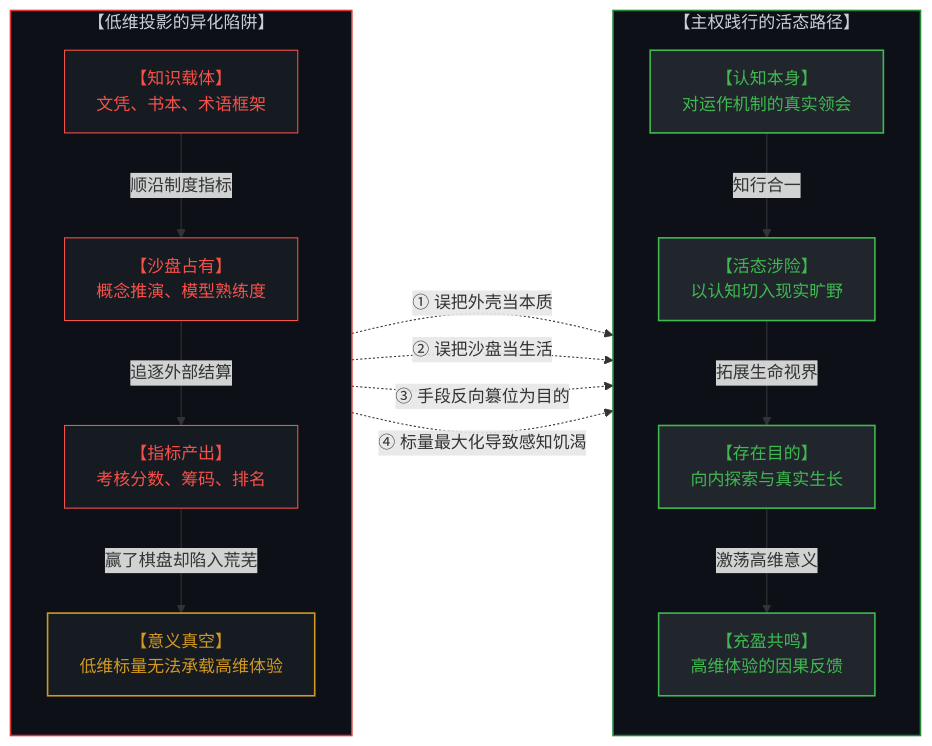
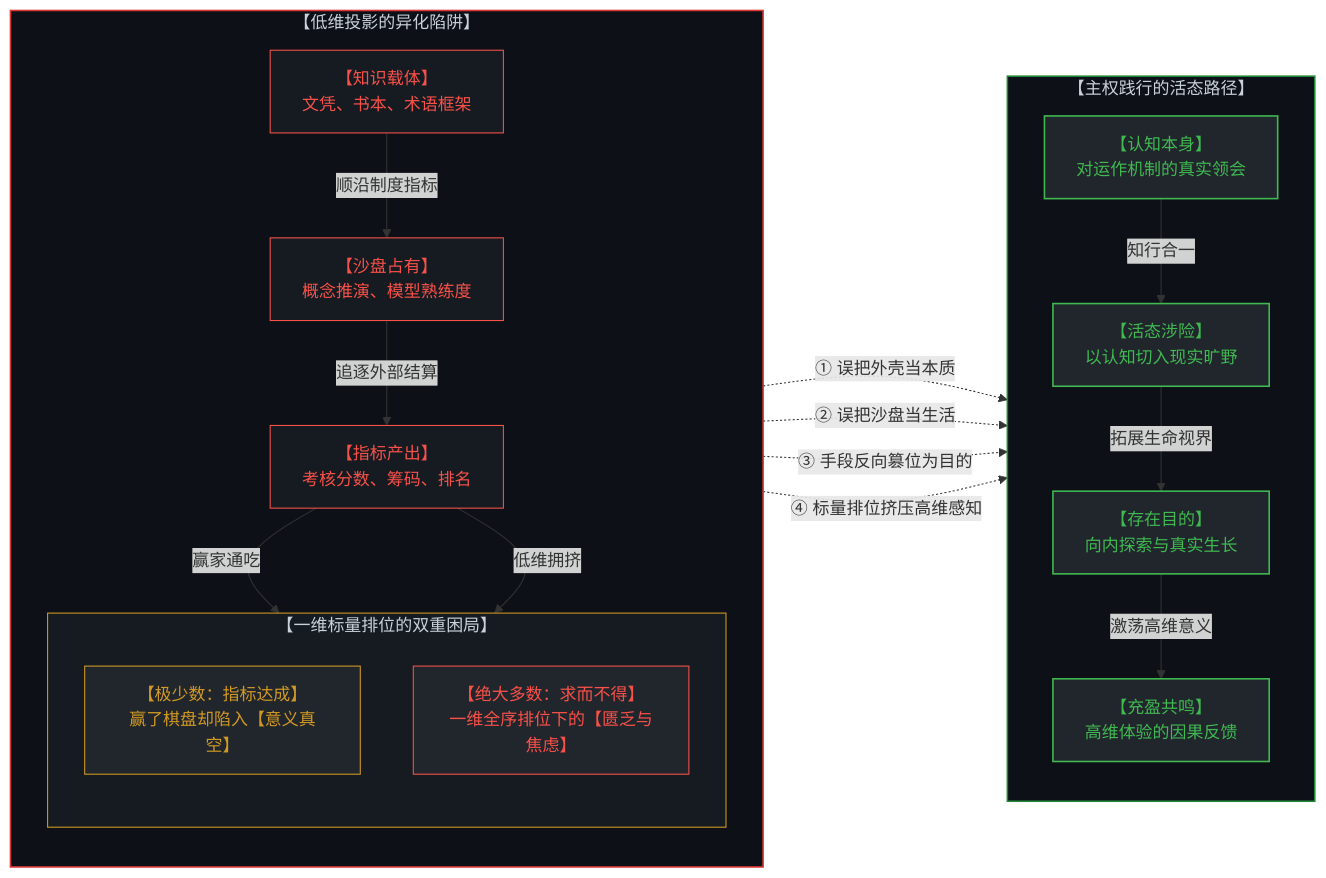
One commit to powerpig99/not-a-toe changed the first of 6 diagrams in content/posts/coordinate-systems-mind-and-degrees-of-freedom.md. Above: the diagram before and after it, drawn with Mermaid. The commit also changed other lines of this file, not shown here.

Commit message:
Expand Section 1: clarify 1D scalar total ordering and the dual trap of minority achievement vs majority unfulfilled yearning

````diff
--- a/content/posts/coordinate-systems-mind-and-degrees-of-freedom.md
+++ b/content/posts/coordinate-systems-mind-and-degrees-of-freedom.md
@@ -15,43 +15,51 @@
 ```mermaid
 graph LR
     subgraph PathOfLiving["【主权践行的活态路径】"]
         direction TB
         Knowledge["【认知本身】<br>对运作机制的真实领会"]
         Living["【活态涉险】<br>以认知切入现实旷野"]
         EndGoal["【存在目的】<br>向内探索与真实生长"]
         Resonance["【充盈共鸣】<br>高维体验的因果反馈"]
 
         Knowledge -->|"知行合一"| Living
         Living -->|"拓展生命视界"| EndGoal
         EndGoal -->|"激荡高维意义"| Resonance
     end
 
     subgraph PathOfTrap["【低维投影的异化陷阱】"]
         direction TB
         Carrier["【知识载体】<br>文凭、书本、术语框架"]
         Control["【沙盘占有】<br>概念推演、模型熟练度"]
         Tools["【指标产出】<br>考核分数、筹码、排名"]
-        Vacuum["【意义真空】<br>低维标量无法承载高维体验"]
+        
+        subgraph Outcomes["【一维标量排位的双重困局】"]
+            direction TB
+            Winners["【极少数：指标达成】<br>赢了棋盘却陷入【意义真空】"]
+            Majority["【绝大多数：求而不得】<br>一维全序排位下的【匮乏与焦虑】"]
+        end
 
         Carrier -->|"顺沿制度指标"| Control
         Control -->|"追逐外部结算"| Tools
-        Tools -->|"赢了棋盘却陷入荒芜"| Vacuum
+        Tools -->|"赢家通吃"| Winners
+        Tools -->|"低维拥挤"| Majority
     end
 
     Carrier -.->|"① 误把外壳当本质"| Knowledge
     Control -.->|"② 误把沙盘当生活"| Living
     Tools -.->|"③ 手段反向篡位为目的"| EndGoal
-    Vacuum -.->|"④ 标量最大化导致感知饥渴"| Resonance
+    Outcomes -.->|"④ 标量排位挤压高维感知"| Resonance
 
     style PathOfLiving fill:#0d1117,stroke:#238636,stroke-width:1.5px,color:#c9d1d9
     style Knowledge fill:#21262d,stroke:#3fb950,stroke-width:1.5px,color:#3fb950
     style Living fill:#21262d,stroke:#3fb950,stroke-width:1.5px,color:#3fb950
     style EndGoal fill:#21262d,stroke:#3fb950,stroke-width:1.5px,color:#3fb950
     style Resonance fill:#21262d,stroke:#3fb950,stroke-width:1.5px,color:#3fb950
 
     style PathOfTrap fill:#0d1117,stroke:#da3633,stroke-width:1.5px,color:#c9d1d9
     style Carrier fill:#161b22,stroke:#f85149,stroke-width:1px,color:#f85149
     style Control fill:#161b22,stroke:#f85149,stroke-width:1px,color:#f85149
     style Tools fill:#161b22,stroke:#f85149,stroke-width:1px,color:#f85149
-    style Vacuum fill:#161b22,stroke:#d29922,stroke-width:1.5px,color:#d29922
+    style Outcomes fill:#161b22,stroke:#d29922,stroke-width:1px,color:#c9d1d9
+    style Winners fill:#21262d,stroke:#d29922,stroke-width:1px,color:#d29922
+    style Majority fill:#21262d,stroke:#f85149,stroke-width:1px,color:#f85149
 ```
````
